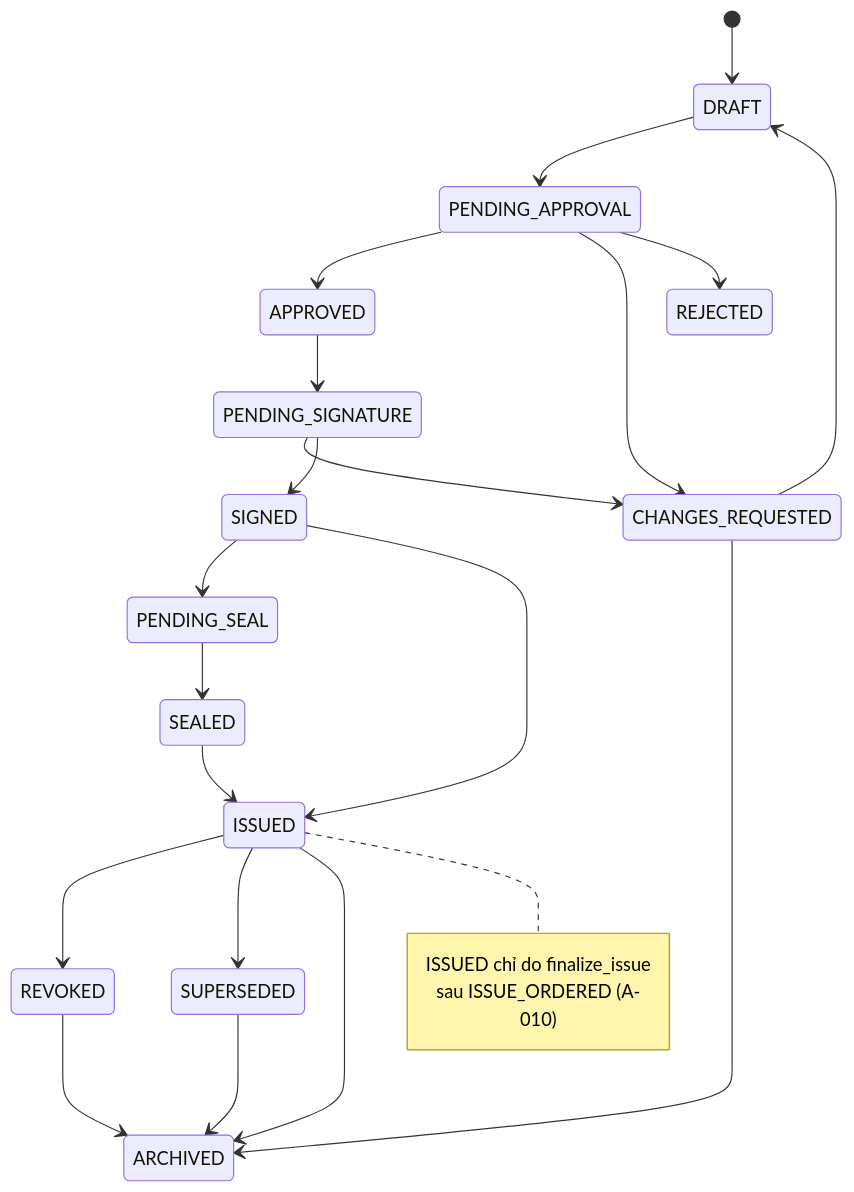
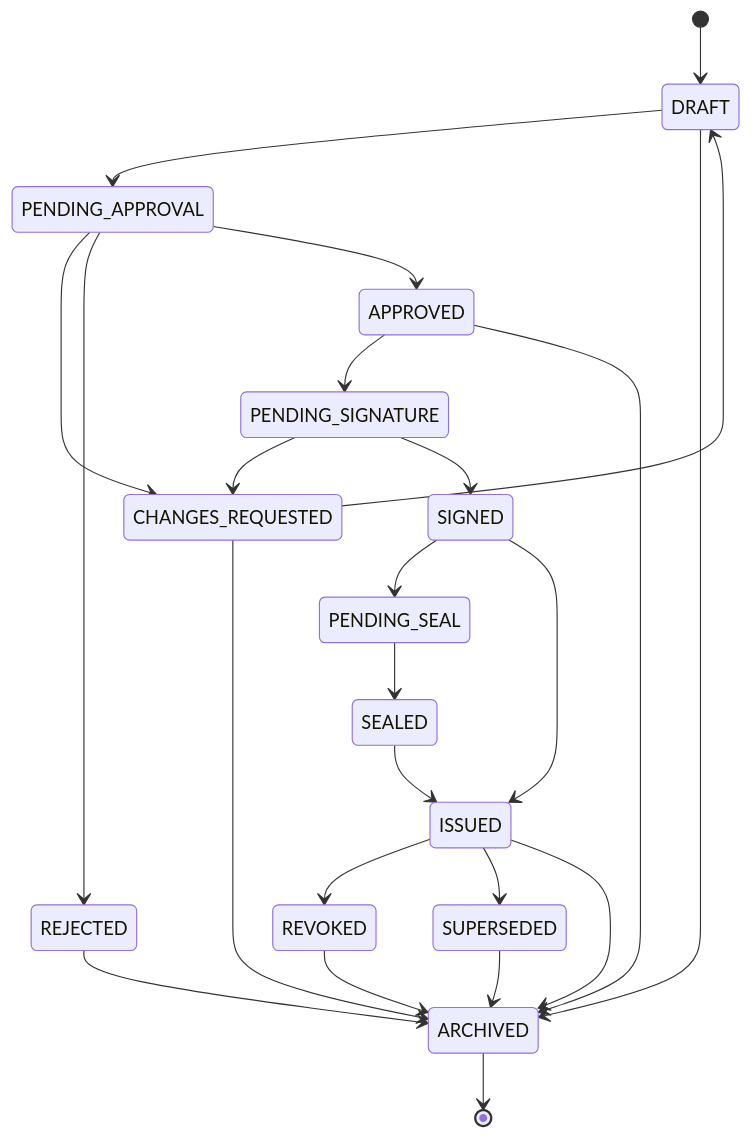
One commit to CongDuc02/AdminServiceDeskAgent changed the second of 2 diagrams in docs/design/08-hitl.md. Above: the diagram before and after it, drawn with Mermaid. The commit also changed other lines of this file and 16 other files, not shown here.

````diff
--- a/docs/design/08-hitl.md
+++ b/docs/design/08-hitl.md
@@ -115,26 +168,26 @@
 ```mermaid
 stateDiagram-v2
     [*] --> DRAFT
     DRAFT --> PENDING_APPROVAL
+    PENDING_APPROVAL --> CHANGES_REQUESTED
+    CHANGES_REQUESTED --> DRAFT
+    PENDING_APPROVAL --> REJECTED
     PENDING_APPROVAL --> APPROVED
-    PENDING_APPROVAL --> CHANGES_REQUESTED
-    PENDING_APPROVAL --> REJECTED
     APPROVED --> PENDING_SIGNATURE
     PENDING_SIGNATURE --> CHANGES_REQUESTED
     PENDING_SIGNATURE --> SIGNED
-    CHANGES_REQUESTED --> DRAFT
-    CHANGES_REQUESTED --> ARCHIVED
     SIGNED --> PENDING_SEAL
+    PENDING_SEAL --> SEALED
     SIGNED --> ISSUED
-    PENDING_SEAL --> SEALED
     SEALED --> ISSUED
     ISSUED --> REVOKED
     ISSUED --> SUPERSEDED
     ISSUED --> ARCHIVED
     REVOKED --> ARCHIVED
     SUPERSEDED --> ARCHIVED
-    note right of ISSUED
-        ISSUED chỉ do finalize_issue
-        sau ISSUE_ORDERED (A-010)
-    end note
+    REJECTED --> ARCHIVED
+    CHANGES_REQUESTED --> ARCHIVED
+    DRAFT --> ARCHIVED
+    APPROVED --> ARCHIVED
+    ARCHIVED --> [*]
 ```
````
